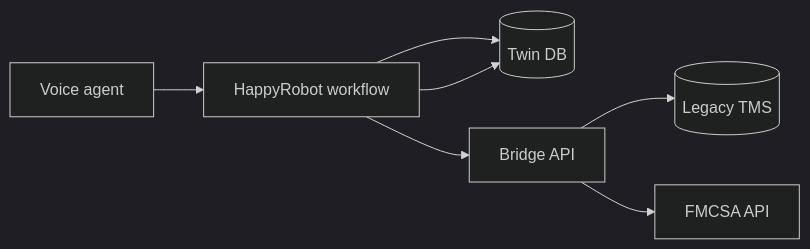
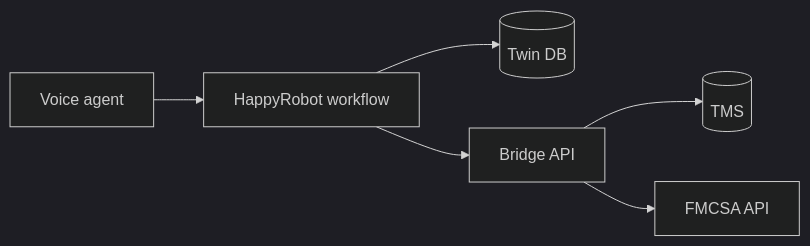
The diagram in README.md (machaaouri/hr-fde-inbound-carrier), drawn with Mermaid (dark theme) before and after one commit. The commit also changed other lines of this file and 17 other files, not shown here.

First line of the commit message:
Simplify bridge and remove legacy TMS stubs

````diff
--- a/README.md
+++ b/README.md
@@ -7,9 +7,8 @@
 ```mermaid
 flowchart LR
   Agent[Voice agent] --> WF[HappyRobot workflow]
   WF --> Twin[(Twin DB)]
   WF --> Bridge[Bridge API]
-  Bridge --> TMS[(Legacy TMS)]
+  Bridge --> TMS[(TMS)]
   Bridge --> FMCSA[FMCSA API]
-  WF --> Twin
 ```
````
